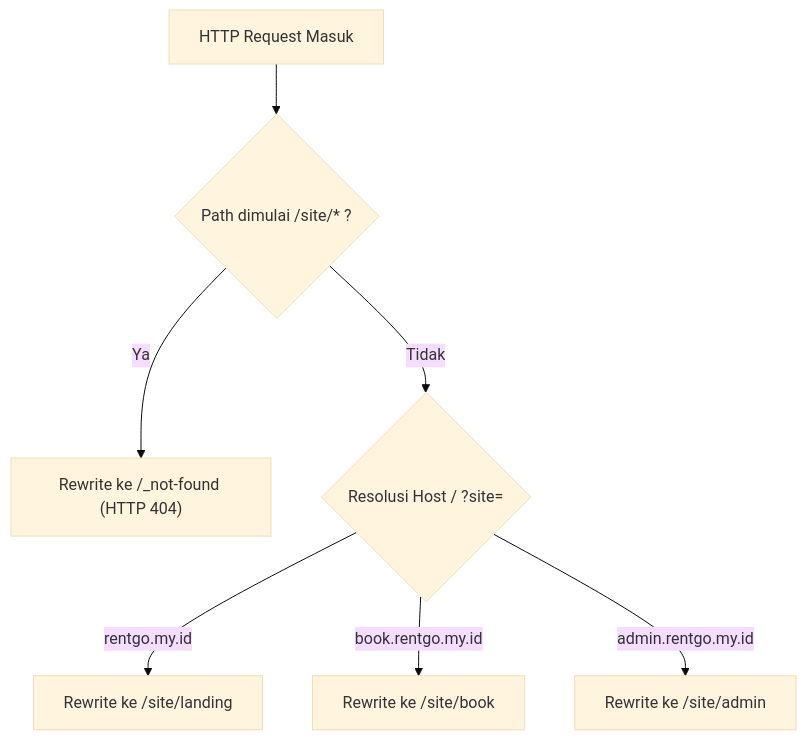
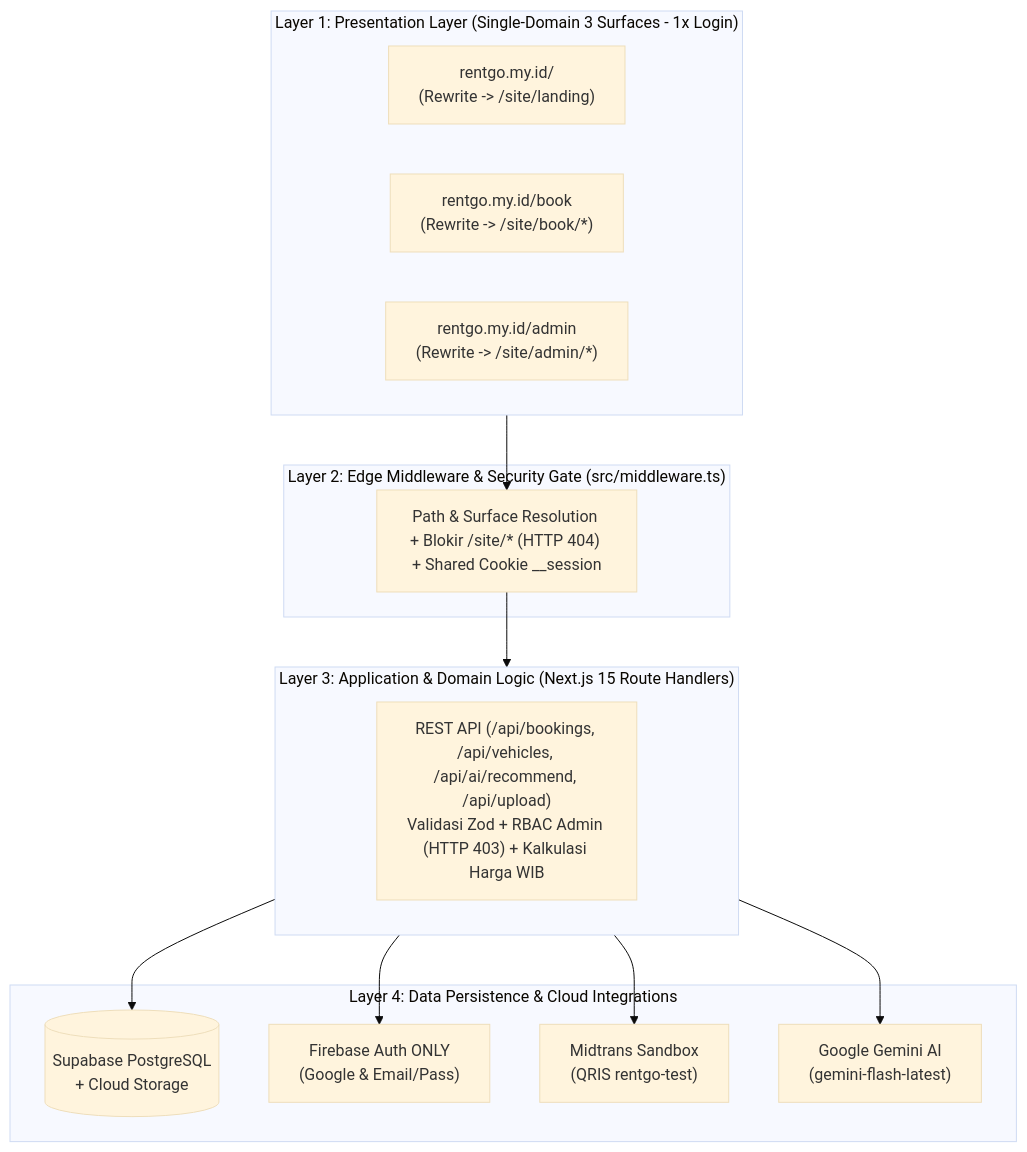
One commit to rynnxz/rentGO changed the second of 5 diagrams in slidev/slides.md. Above: the diagram before and after it, drawn with Mermaid (base theme). The commit also changed other lines of this file and 116 other files, not shown here.

Commit message:
feat(v1.2.0): finalize single-domain 1x login architecture, smart Gemini AI engine, single-row navbar, dual-mode Supabase repository, Triadic UI, audit docs, 17 screenshots, and UTS report

````diff
--- a/slidev/slides.md
+++ b/slidev/slides.md
@@ -101,9 +115,22 @@
 ```mermaid
 flowchart TD
-    Req["HTTP Request Masuk"] --> Block{"Path dimulai /site/* ?"}
-    Block -->|"Ya"| E404["Rewrite ke /_not-found (HTTP 404)"]
-    Block -->|"Tidak"| Host{"Resolusi Host / ?site="}
-    Host -->|"rentgo.my.id"| S1["Rewrite ke /site/landing"]
-    Host -->|"book.rentgo.my.id"| S2["Rewrite ke /site/book"]
-    Host -->|"admin.rentgo.my.id"| S3["Rewrite ke /site/admin"]
+    subgraph Client["Layer 1: Presentation Layer (Single-Domain 3 Surfaces - 1x Login)"]
+        L1["rentgo.my.id/\n(Rewrite -> /site/landing)"]
+        L2["rentgo.my.id/book\n(Rewrite -> /site/book/*)"]
+        L3["rentgo.my.id/admin\n(Rewrite -> /site/admin/*)"]
+    end
+    subgraph Edge["Layer 2: Edge Middleware & Security Gate (src/middleware.ts)"]
+        MW["Path & Surface Resolution + Blokir /site/* (HTTP 404) + Shared Cookie __session"]
+    end
+    subgraph App["Layer 3: Application & Domain Logic (Next.js 15 Route Handlers)"]
+        API["REST API (/api/bookings, /api/vehicles, /api/ai/recommend, /api/upload)\nValidasi Zod + RBAC Admin (HTTP 403) + Kalkulasi Harga WIB"]
+    end
+    subgraph Data["Layer 4: Data Persistence & Cloud Integrations"]
+        DB[("Supabase PostgreSQL\n+ Cloud Storage")]
+        FB["Firebase Auth ONLY\n(Google & Email/Pass)"]
+        MT["Midtrans Sandbox\n(QRIS rentgo-test)"]
+        GM["Google Gemini AI\n(gemini-flash-latest)"]
+    end
+    Client --> MW --> App
+    App --> DB & FB & MT & GM
 ```
````
